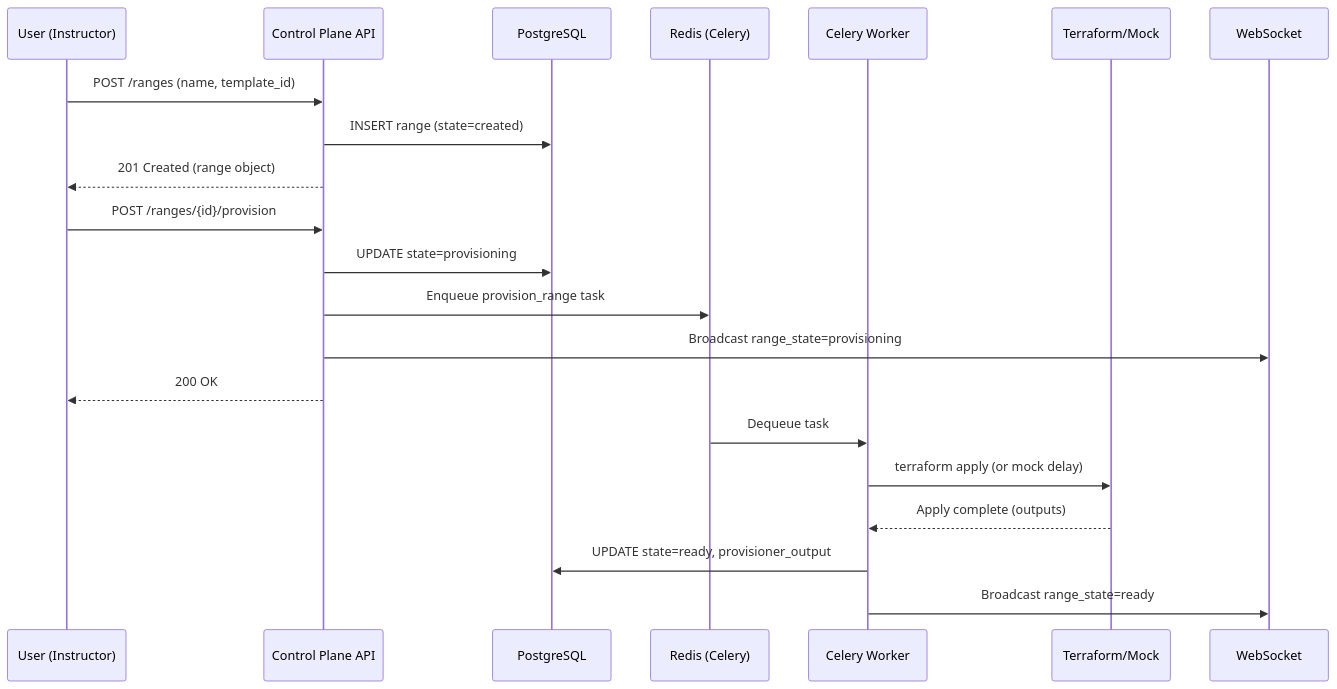
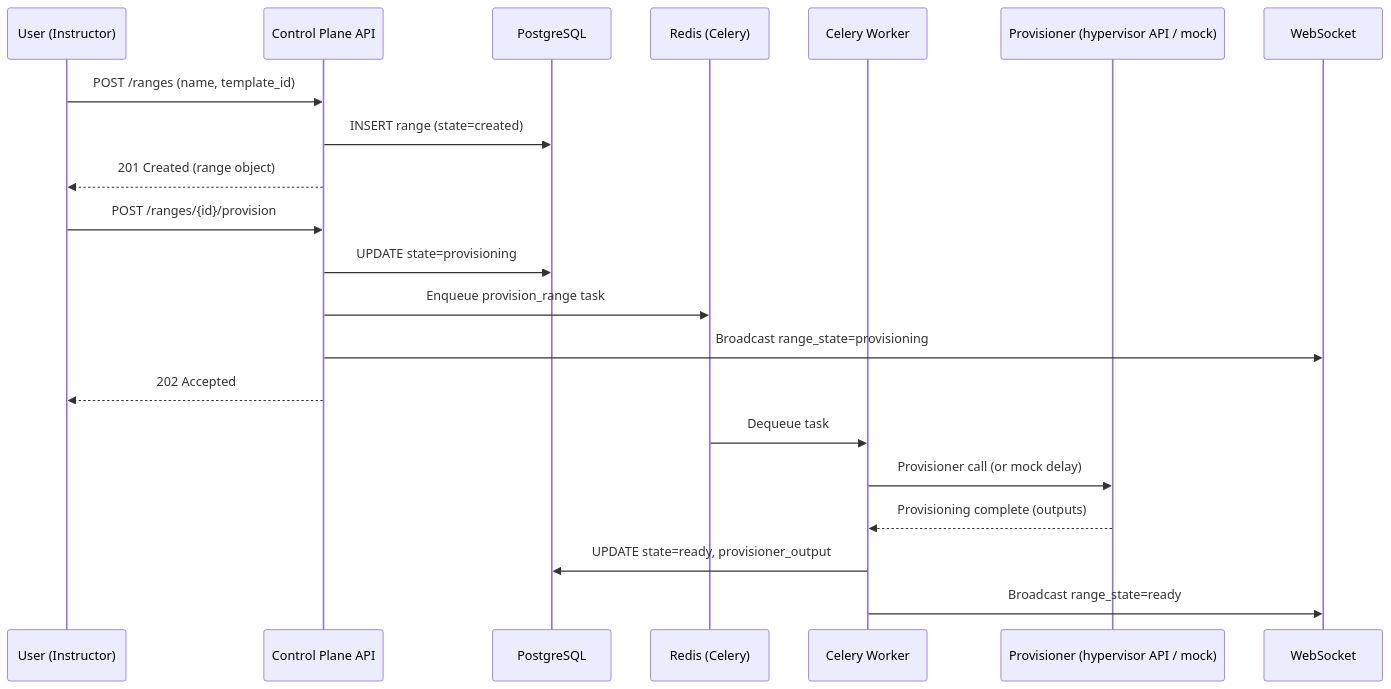
One commit to mblanke/TrueNorth changed the seventh of 15 diagrams in docs/architecture.md. Above: the diagram before and after it, drawn with Mermaid. The commit also changed other lines of this file, not shown here.

Commit message:
uncommitted at end of run w-dc-architecture-r1 (collected by tn-run.sh)

````diff
--- a/docs/architecture.md
+++ b/docs/architecture.md
@@ -278,26 +276,26 @@
 ```mermaid
 sequenceDiagram
     participant U as User (Instructor)
     participant API as Control Plane API
     participant DB as PostgreSQL
     participant Q as Redis (Celery)
     participant W as Celery Worker
-    participant TF as Terraform/Mock
+    participant TF as Provisioner (hypervisor API / mock)
     participant WS as WebSocket
 
     U->>API: POST /ranges (name, template_id)
     API->>DB: INSERT range (state=created)
     API-->>U: 201 Created (range object)
 
     U->>API: POST /ranges/{id}/provision
     API->>DB: UPDATE state=provisioning
     API->>Q: Enqueue provision_range task
     API->>WS: Broadcast range_state=provisioning
-    API-->>U: 200 OK
+    API-->>U: 202 Accepted
 
     Q->>W: Dequeue task
-    W->>TF: terraform apply (or mock delay)
-    TF-->>W: Apply complete (outputs)
+    W->>TF: Provisioner call (or mock delay)
+    TF-->>W: Provisioning complete (outputs)
     W->>DB: UPDATE state=ready, provisioner_output
     W->>WS: Broadcast range_state=ready
 ```
````
